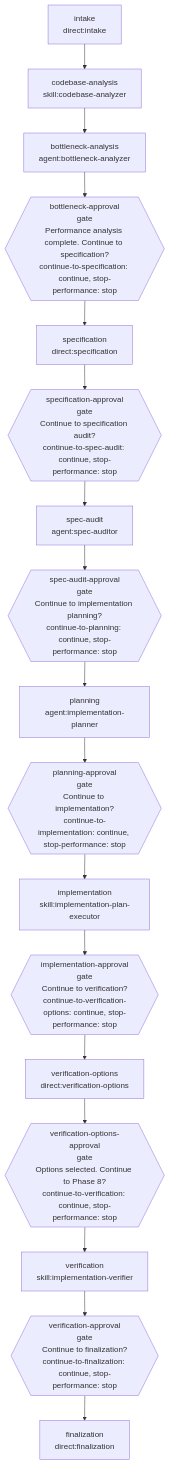
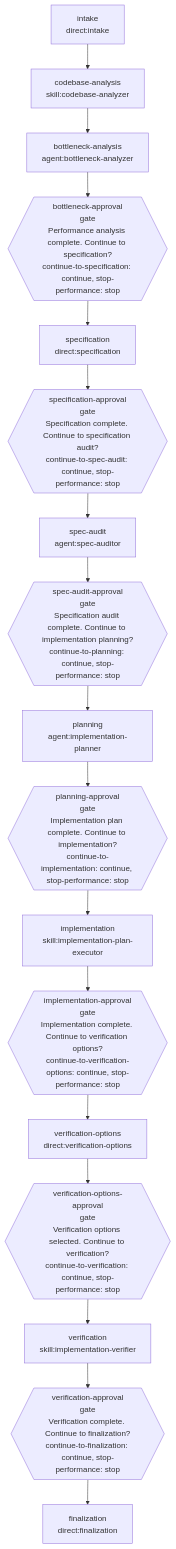
One commit to SkillPanel/maister changed the diagram in plugins/maister/skills/workflow-engine/workflows/performance.mmd. Above: the diagram before and after it, drawn with Mermaid. The commit also changed 13 other files, not shown here.

```diff
--- a/plugins/maister/skills/workflow-engine/workflows/performance.mmd
+++ b/plugins/maister/skills/workflow-engine/workflows/performance.mmd
@@ -1,39 +1,39 @@
 %% generated from the workflow definition — regenerate, do not edit
 %% workflow: performance
-%% graph_hash: sha256:0344915570bef1173c4a9e890e62aa644c16a7938b6871b205e8ec5c3cf43b5b
+%% graph_hash: sha256:2389acac4d2aa6bc7ae417973e1253c250137fb0bea5cf622ed338c72ac4cbe5
 
 flowchart TD
   n_intake["intake<br/>direct:intake"]
   n_codebase_analysis["codebase-analysis<br/>skill:codebase-analyzer"]
   n_bottleneck_analysis["bottleneck-analysis<br/>agent:bottleneck-analyzer"]
   n_bottleneck_approval{{"bottleneck-approval<br/>gate<br/>Performance analysis complete. Continue to specification?<br/>continue-to-specification: continue, stop-performance: stop"}}
   n_specification["specification<br/>direct:specification"]
-  n_specification_approval{{"specification-approval<br/>gate<br/>Continue to specification audit?<br/>continue-to-spec-audit: continue, stop-performance: stop"}}
+  n_specification_approval{{"specification-approval<br/>gate<br/>Specification complete. Continue to specification audit?<br/>continue-to-spec-audit: continue, stop-performance: stop"}}
   n_spec_audit["spec-audit<br/>agent:spec-auditor"]
-  n_spec_audit_approval{{"spec-audit-approval<br/>gate<br/>Continue to implementation planning?<br/>continue-to-planning: continue, stop-performance: stop"}}
+  n_spec_audit_approval{{"spec-audit-approval<br/>gate<br/>Specification audit complete. Continue to implementation planning?<br/>continue-to-planning: continue, stop-performance: stop"}}
   n_planning["planning<br/>agent:implementation-planner"]
-  n_planning_approval{{"planning-approval<br/>gate<br/>Continue to implementation?<br/>continue-to-implementation: continue, stop-performance: stop"}}
+  n_planning_approval{{"planning-approval<br/>gate<br/>Implementation plan complete. Continue to implementation?<br/>continue-to-implementation: continue, stop-performance: stop"}}
   n_implementation["implementation<br/>skill:implementation-plan-executor"]
-  n_implementation_approval{{"implementation-approval<br/>gate<br/>Continue to verification?<br/>continue-to-verification-options: continue, stop-performance: stop"}}
+  n_implementation_approval{{"implementation-approval<br/>gate<br/>Implementation complete. Continue to verification options?<br/>continue-to-verification-options: continue, stop-performance: stop"}}
   n_verification_options["verification-options<br/>direct:verification-options"]
-  n_verification_options_approval{{"verification-options-approval<br/>gate<br/>Options selected. Continue to Phase 8?<br/>continue-to-verification: continue, stop-performance: stop"}}
+  n_verification_options_approval{{"verification-options-approval<br/>gate<br/>Verification options selected. Continue to verification?<br/>continue-to-verification: continue, stop-performance: stop"}}
   n_verification["verification<br/>skill:implementation-verifier"]
-  n_verification_approval{{"verification-approval<br/>gate<br/>Continue to finalization?<br/>continue-to-finalization: continue, stop-performance: stop"}}
+  n_verification_approval{{"verification-approval<br/>gate<br/>Verification complete. Continue to finalization?<br/>continue-to-finalization: continue, stop-performance: stop"}}
   n_finalization["finalization<br/>direct:finalization"]
   n_intake --> n_codebase_analysis
   n_codebase_analysis --> n_bottleneck_analysis
   n_bottleneck_analysis --> n_bottleneck_approval
   n_bottleneck_approval --> n_specification
   n_specification --> n_specification_approval
   n_specification_approval --> n_spec_audit
   n_spec_audit --> n_spec_audit_approval
   n_spec_audit_approval --> n_planning
   n_planning --> n_planning_approval
   n_planning_approval --> n_implementation
   n_implementation --> n_implementation_approval
   n_implementation_approval --> n_verification_options
   n_verification_options --> n_verification_options_approval
   n_verification_options_approval --> n_verification
   n_verification --> n_verification_approval
   n_verification_approval --> n_finalization
   class n_bottleneck_approval,n_specification_approval,n_spec_audit_approval,n_planning_approval,n_implementation_approval,n_verification_options_approval,n_verification_approval gate
```
